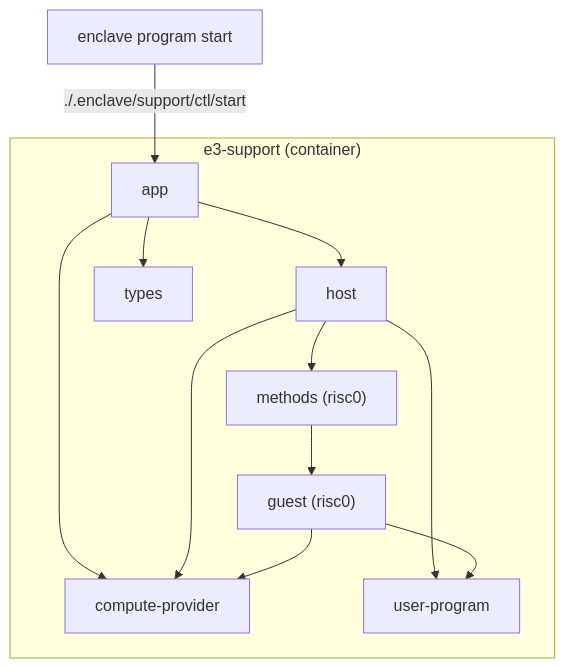
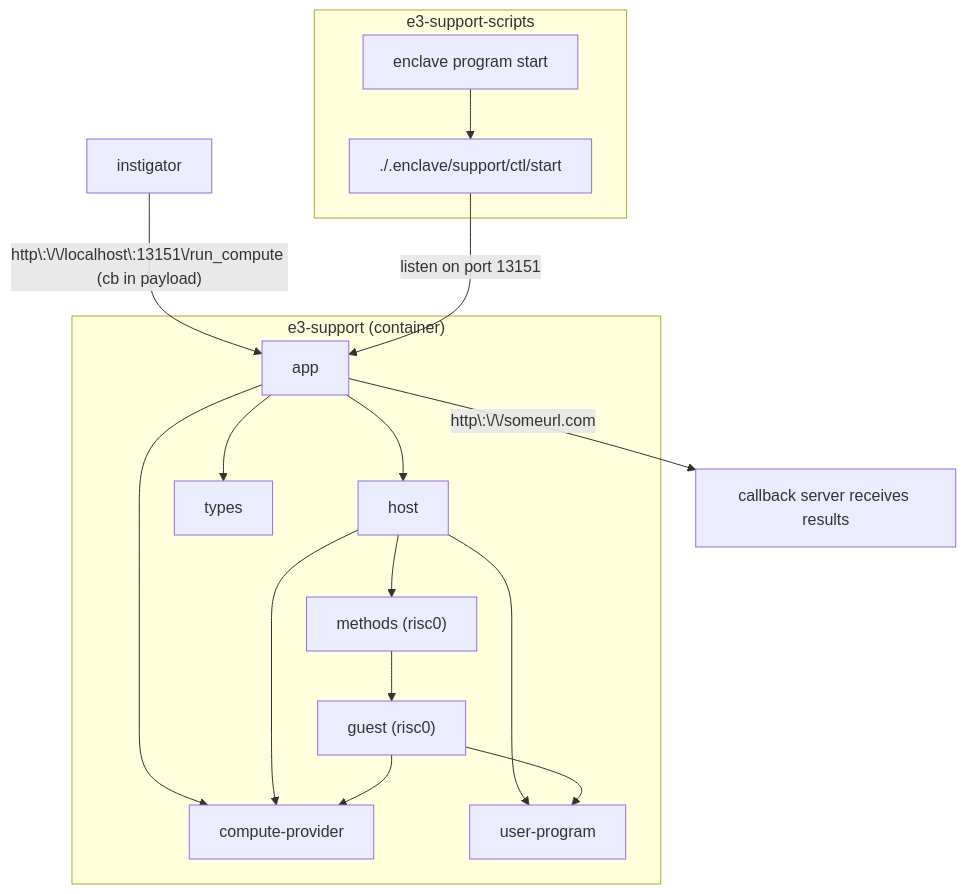
One commit to gnosisguild/enclave changed the diagram in crates/support/README.md. Above: the diagram before and after it, drawn with Mermaid.

````diff
--- a/crates/support/README.md
+++ b/crates/support/README.md
@@ -8,28 +8,33 @@
 ```mermaid
 graph TD
-    A["enclave program start"]
-    A -->|"./.enclave/support/ctl/start"| D
-
+    subgraph N["e3-support-scripts"]
+        A["enclave program start"]
+        AA["./.enclave/support/ctl/start"]
+        A --> AA
+    end
+    M["instigator"] --"http\:\/\/localhost\:13151\/run_compute (cb in payload)"--> D
+    D --"http\:\/\/someurl.com"--> O["callback server receives results"]
+    AA --listen on port 13151--> D
     subgraph C["e3-support (container)"]
         D["app"]
         E["host"]
         F["types"]
         G["compute-provider"]
         H["methods (risc0)"]
         I["guest (risc0)"]
         J["user-program"]
 
         D --> E
         D --> F
         D --> G
 
         E --> H
         E --> G
         E --> J
 
         H --> I
 
         I --> G
         I --> J
     end
 ```
````
